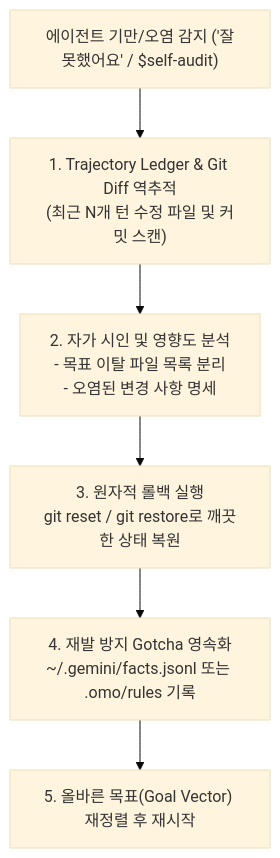
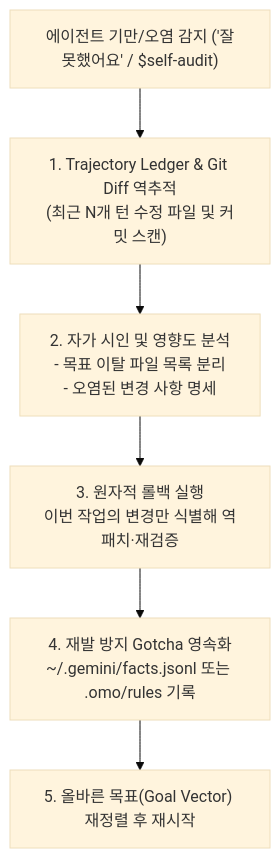
One commit to ezbitbot-boop/lazyneon changed the diagram in skills/ulw/references/self-audit.md. Above: the diagram before and after it, drawn with Mermaid (base theme). The commit also changed other lines of this file and 18 other files, not shown here.

````diff
--- a/skills/ulw/references/self-audit.md
+++ b/skills/ulw/references/self-audit.md
@@ -10,8 +10,8 @@
 ```mermaid
 flowchart TD
     Trigger["에이전트 기만/오염 감지 ('잘못했어요' / $self-audit)"] --> Trace["1. Trajectory Ledger & Git Diff 역추적<br/>(최근 N개 턴 수정 파일 및 커밋 스캔)"]
     Trace --> Confess["2. 자가 시인 및 영향도 분석<br/>- 목표 이탈 파일 목록 분리<br/>- 오염된 변경 사항 명세"]
-    Confess --> Rollback["3. 원자적 롤백 실행<br/>git reset / git restore로 깨끗한 상태 복원"]
+    Confess --> Rollback["3. 원자적 롤백 실행<br/>이번 작업의 변경만 식별해 역패치·재검증"]
     Rollback --> Register["4. 재발 방지 Gotcha 영속화<br/>~/.gemini/facts.jsonl 또는 .omo/rules 기록"]
     Register --> Realign["5. 올바른 목표(Goal Vector) 재정렬 후 재시작"]
 ```
````
